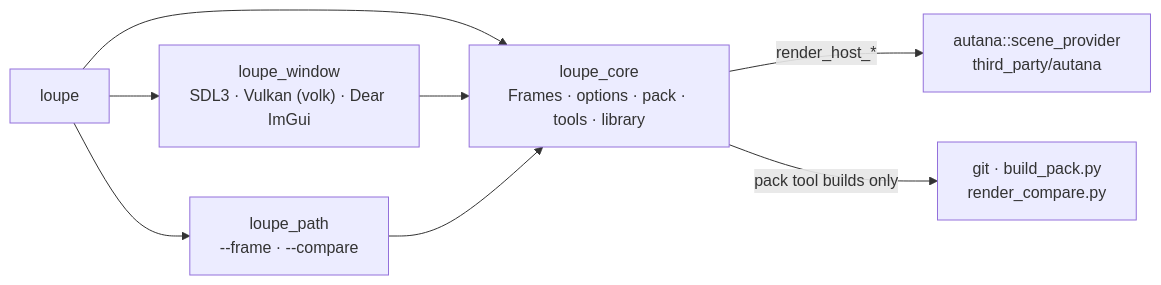
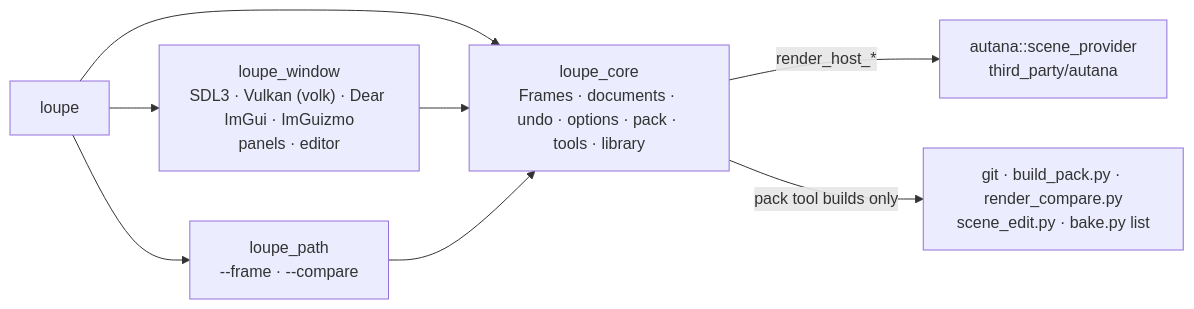
One commit to jose-villegas/loupe changed the first of 2 diagrams in README.md. Above: the diagram before and after it, drawn with Mermaid. The commit also changed other lines of this file and 32 other files, not shown here.

First line of the commit message:
Editor E1: docked outliner, viewport handles, inspector and frame debugger; placements saved through scene_edit.py (i5djy.14) (#19)

````diff
--- a/README.md
+++ b/README.md
@@ -10,11 +14,11 @@
 ```mermaid
 flowchart LR
-  cli["loupe"] --> window["loupe_window<br/>SDL3 · Vulkan (volk) · Dear ImGui"]
+  cli["loupe"] --> window["loupe_window<br/>SDL3 · Vulkan (volk) · Dear ImGui · ImGuizmo<br/>panels · editor"]
   cli --> path["loupe_path<br/>--frame · --compare"]
   cli --> core
   window --> core
   path --> core
-  core["loupe_core<br/>Frames · options · pack · tools · library"]
+  core["loupe_core<br/>Frames · documents · undo · options · pack · tools · library"]
   core -- "render_host_*" --> autana["autana::scene_provider<br/>third_party/autana"]
-  core -- "pack tool builds only" --> tools["git · build_pack.py<br/>render_compare.py"]
+  core -- "pack tool builds only" --> tools["git · build_pack.py · render_compare.py<br/>scene_edit.py · bake.py list"]
 ```
````
